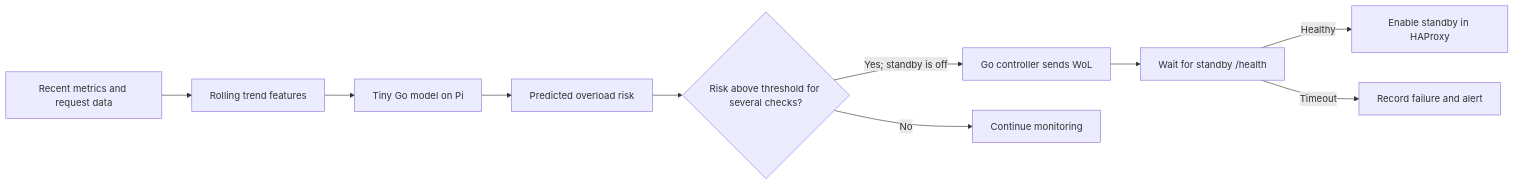
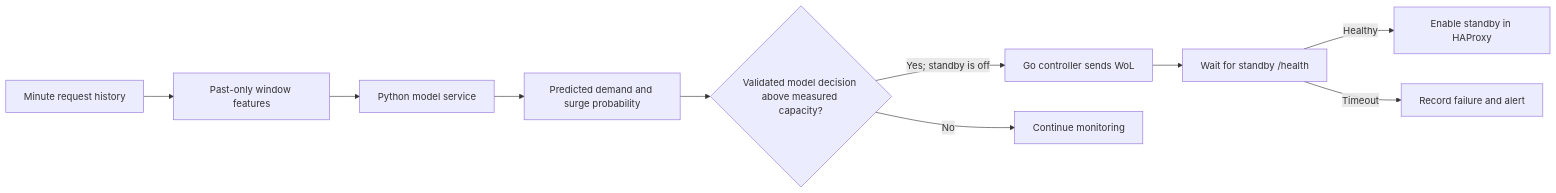
Before and after one commit to samarthsinh2660/Smart-Server-Monitoring: the fourth of 5 diagrams in docs/idea.md, drawn with Mermaid. The commit also changed other lines of this file and 33 other files, not shown here.

Commit message:
Add Python traffic model

````diff
--- a/docs/idea.md
+++ b/docs/idea.md
@@ -143,12 +141,12 @@
 ```mermaid
 flowchart LR
-    Samples[Recent metrics and request data] --> Features[Rolling trend features]
-    Features --> Model[Tiny Go model on Pi]
-    Model --> Risk[Predicted overload risk]
-    Risk --> Gate{Risk above threshold for several checks?}
+    Samples[Minute request history] --> Features[Past-only window features]
+    Features --> Model[Python model service]
+    Model --> Risk[Predicted demand and surge probability]
+    Risk --> Gate{Validated model decision above measured capacity?}
     Gate -->|Yes; standby is off| Controller[Go controller sends WoL]
     Gate -->|No| Observe[Continue monitoring]
     Controller --> Health[Wait for standby /health]
     Health -->|Healthy| Proxy[Enable standby in HAProxy]
     Health -->|Timeout| Alert[Record failure and alert]
 ```
````
